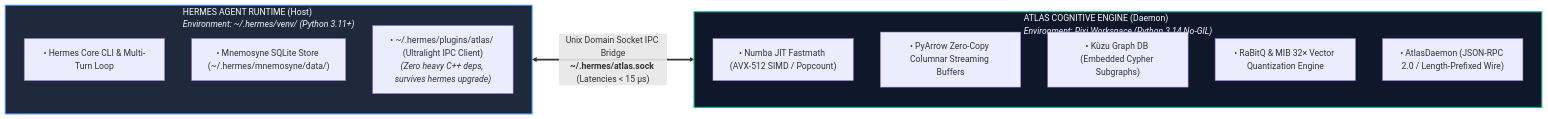
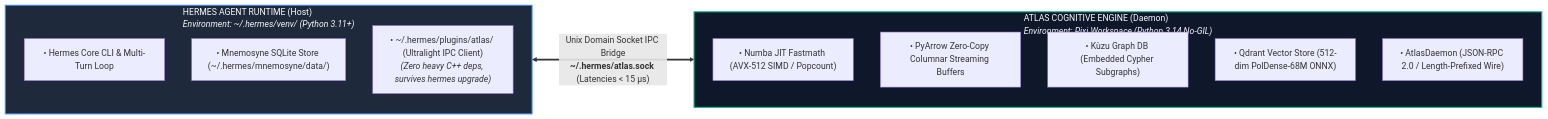
One commit to Dominik-Sidorczuk/ATLAS-Memory changed the first of 3 diagrams in README.md. Above: the diagram before and after it, drawn with Mermaid. The commit also changed other lines of this file and 325 other files, not shown here.

````diff
--- a/README.md
+++ b/README.md
@@ -104,23 +111,23 @@
 ```mermaid
 graph LR
     subgraph Host["HERMES AGENT RUNTIME (Host)<br><i>Environment: ~/.hermes/venv/ (Python 3.11+)</i>"]
         direction TB
         H1["• Hermes Core CLI & Multi-Turn Loop"]
         H2["• Mnemosyne SQLite Store (~/.hermes/mnemosyne/data/)"]
         H3["• ~/.hermes/plugins/atlas/ (Ultralight IPC Client)<br><i>(Zero heavy C++ deps, survives hermes upgrade)</i>"]
     end
 
     subgraph Daemon["ATLAS COGNITIVE ENGINE (Daemon)<br><i>Environment: Pixi Workspace (Python 3.14 No-GIL)</i>"]
         direction TB
         D1["• Numba JIT Fastmath (AVX-512 SIMD / Popcount)"]
         D2["• PyArrow Zero-Copy Columnar Streaming Buffers"]
         D3["• Kùzu Graph DB (Embedded Cypher Subgraphs)"]
-        D4["• RaBitQ & MIB 32× Vector Quantization Engine"]
+        D4["• Qdrant Vector Store (512-dim PolDense-68M ONNX)"]
         D5["• AtlasDaemon (JSON-RPC 2.0 / Length-Prefixed Wire)"]
     end
 
     Host <===>|"Unix Domain Socket IPC Bridge<br><b>~/.hermes/atlas.sock</b> (Latencies < 15 μs)"| Daemon
 
     style Host fill:#1e293b,stroke:#3b82f6,stroke-width:2px,color:#f8fafc
     style Daemon fill:#0f172a,stroke:#10b981,stroke-width:2px,color:#f8fafc
 ```
````
